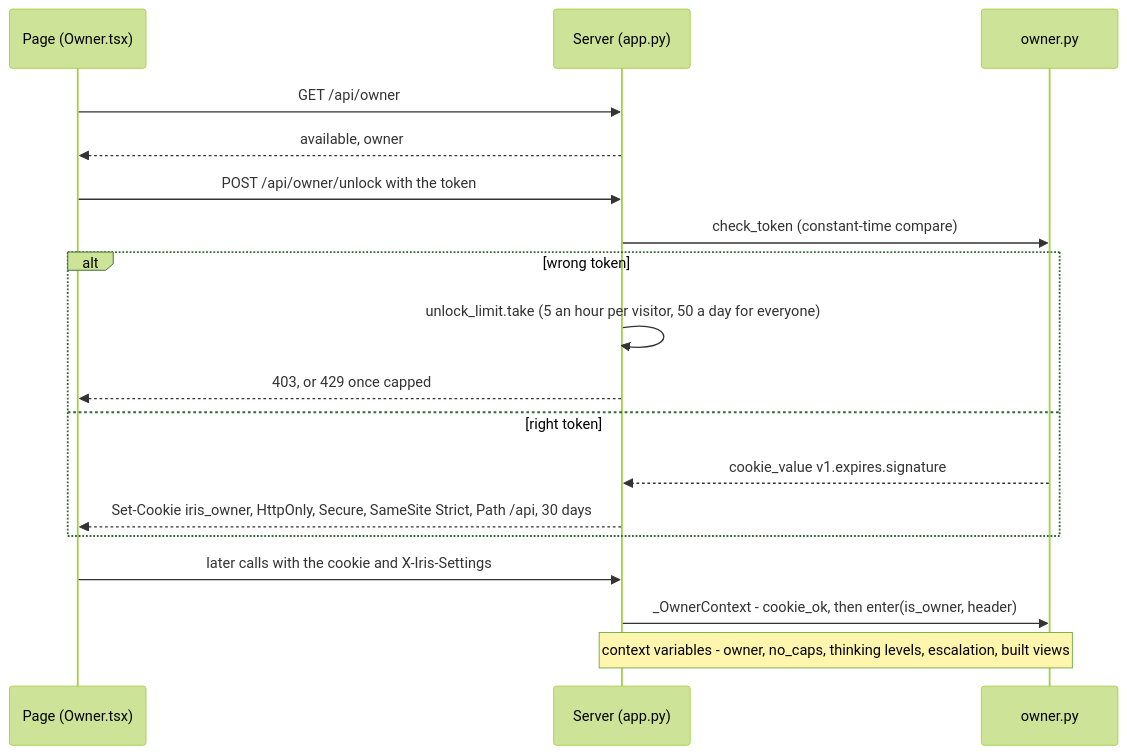
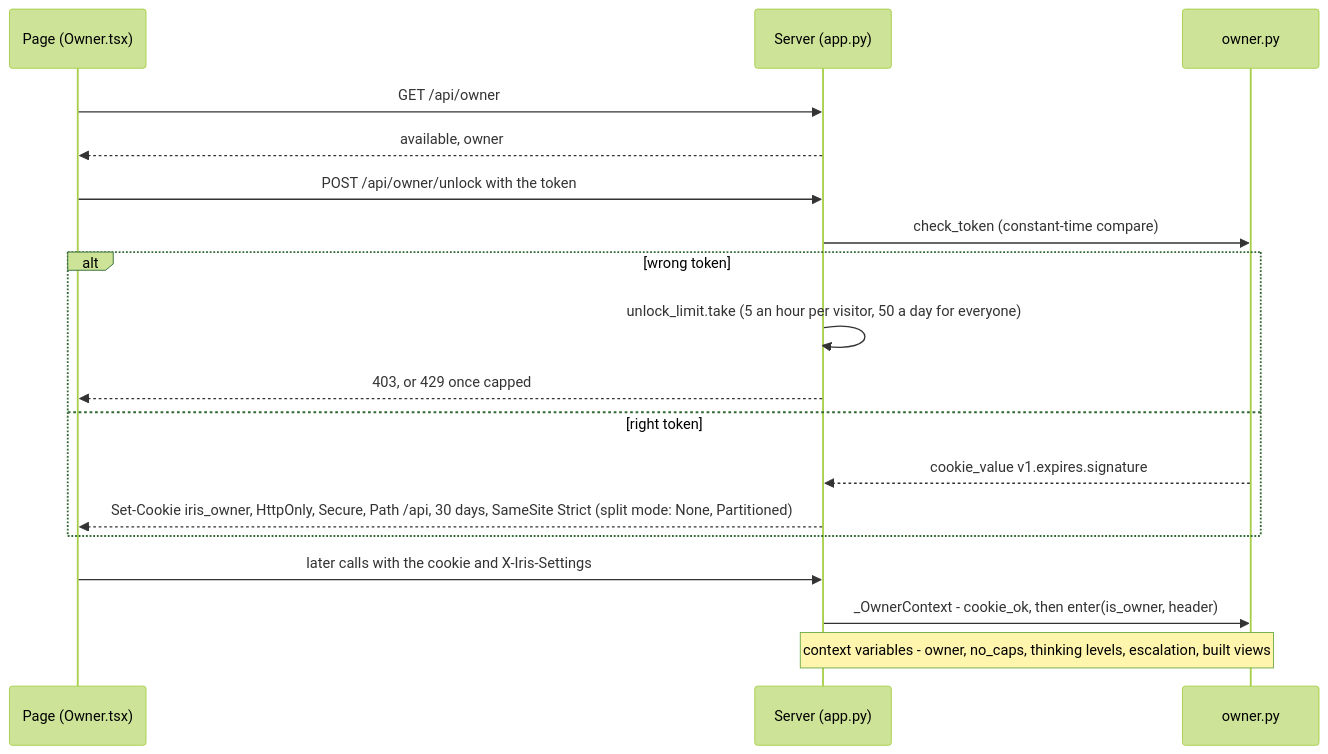
One commit to Saravana-Rajan/IRIS changed the first of 2 diagrams in docs/architecture/16-security-caps-and-cost.md. Above: the diagram before and after it, drawn with Mermaid (forest theme). The commit also changed other lines of this file and 36 other files, not shown here.

First line of the commit message:
Auto-deploy: push to main deploys FastAPI to Cloud Run (iris-api) and React to Firebase Hosting

````diff
--- a/docs/architecture/16-security-caps-and-cost.md
+++ b/docs/architecture/16-security-caps-and-cost.md
@@ -76,20 +125,20 @@
 ```mermaid
 sequenceDiagram
     participant P as Page (Owner.tsx)
     participant S as Server (app.py)
     participant O as owner.py
     P->>S: GET /api/owner
     S-->>P: available, owner
     P->>S: POST /api/owner/unlock with the token
     S->>O: check_token (constant-time compare)
     alt wrong token
         S->>S: unlock_limit.take (5 an hour per visitor, 50 a day for everyone)
         S-->>P: 403, or 429 once capped
     else right token
         O-->>S: cookie_value v1.expires.signature
-        S-->>P: Set-Cookie iris_owner, HttpOnly, Secure, SameSite Strict, Path /api, 30 days
+        S-->>P: Set-Cookie iris_owner, HttpOnly, Secure, Path /api, 30 days, SameSite Strict (split mode: None, Partitioned)
     end
     P->>S: later calls with the cookie and X-Iris-Settings
     S->>O: _OwnerContext - cookie_ok, then enter(is_owner, header)
     Note over S,O: context variables - owner, no_caps, thinking levels, escalation, built views
 ```
````
